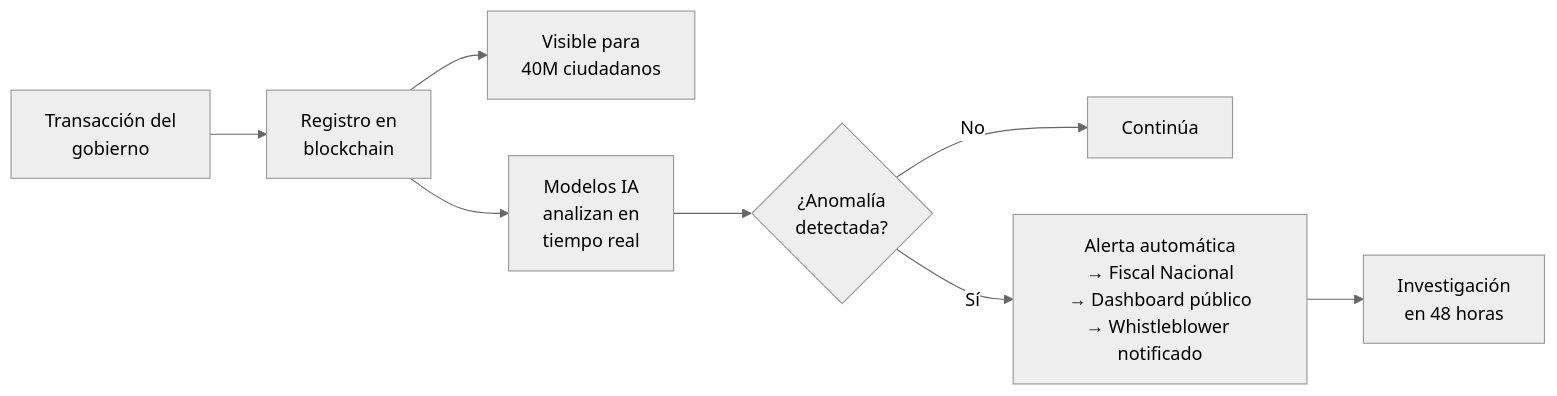
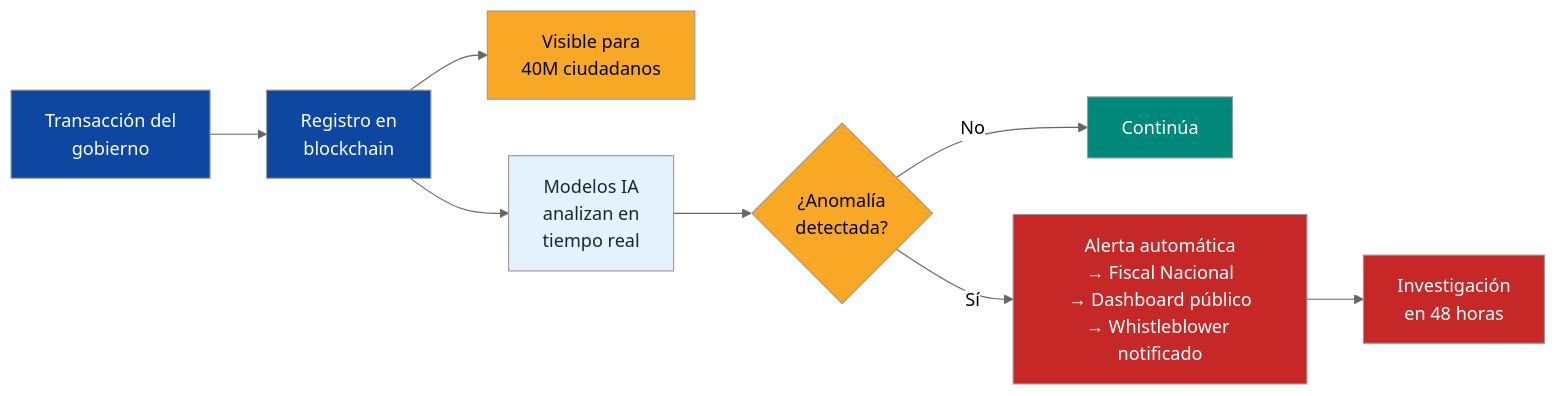
The diagram in docs/06-realidad/estado-digital.md (Venezuela-S-A/venezuela-sa), drawn with Mermaid (neutral theme) before and after one commit. The commit also changed 127 other files, not shown here.

````diff
--- a/docs/06-realidad/estado-digital.md
+++ b/docs/06-realidad/estado-digital.md
@@ -54,10 +54,19 @@
 ```mermaid
 flowchart LR
     A["Transacción del<br/>gobierno"] --> B["Registro en<br/>blockchain"]
     B --> C["Visible para<br/>40M ciudadanos"]
     B --> D["Modelos IA<br/>analizan en<br/>tiempo real"]
     D --> E{"¿Anomalía<br/>detectada?"}
     E -->|"No"| F["Continúa"]
     E -->|"Sí"| G["Alerta automática<br/>→ Fiscal Nacional<br/>→ Dashboard público<br/>→ Whistleblower notificado"]
     G --> H["Investigación<br/>en 48 horas"]
+
+    style A fill:#0D47A1,color:#fff
+    style B fill:#0D47A1,color:#fff
+    style C fill:#F9A825,color:#000
+    style D fill:#E3F2FD,color:#1B2631
+    style E fill:#F9A825,color:#000
+    style F fill:#00897B,color:#fff
+    style G fill:#C62828,color:#fff
+    style H fill:#C62828,color:#fff
 ```
````
